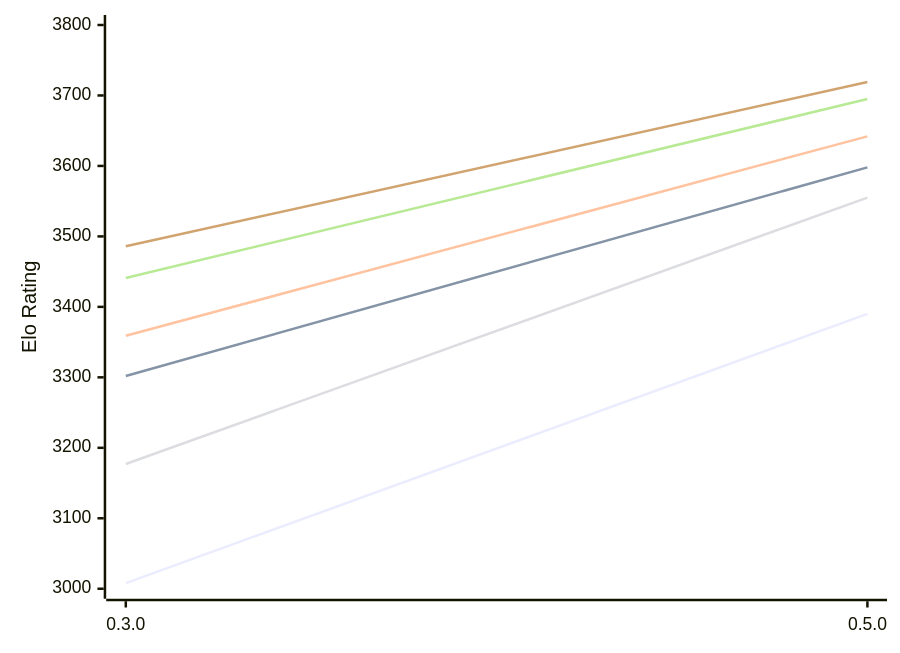
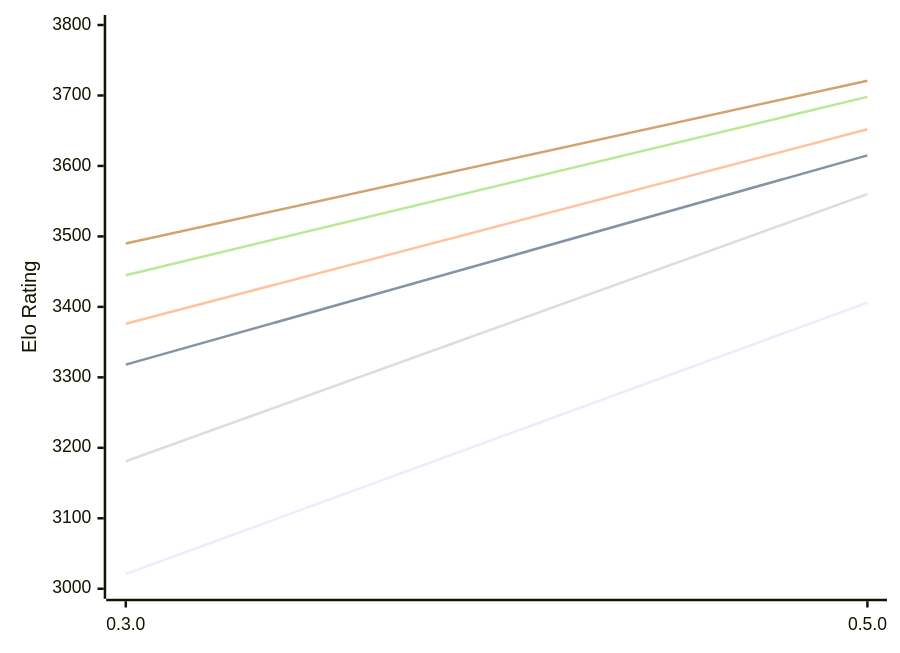
One commit to computer-chess-index/cci changed the first of 2 diagrams in engines/Justbot.md. Above: the diagram before and after it, drawn with Mermaid. The commit also changed other lines of this file, not shown here.

Commit message:
Update CCI Ratings (ELO VLTC) - 2026-10-22

````diff
--- a/engines/Justbot.md
+++ b/engines/Justbot.md
@@ -53,12 +53,12 @@
 ```mermaid
 %%{init: {"theme":"base","themeVariables":{"seriesColors:['#a3a3a3','#222221','#faa371']}}}%%
 xychart-beta
   x-axis ["0.3.0", "0.5.0"]
   y-axis "Elo Rating" 3000 --> 3800
-  line "E1: STC (8.0+0.08s)" [3008, 3390]
-  line "E1: LTC (60.0+0.60s)" [3302, 3598]
-  line "E1: VLTC (2m24s+1.12s)" [3359, 3642]
-  line "P1: STC (8.0+0.08s)" [3177, 3555]
-  line "P1: LTC (60.0+0.60s)" [3441, 3695]
-  line "P1: VLTC (2m24s+1.12s)" [3486, 3719]
+  line "E1: STC (8.0+0.08s)" [3021, 3406]
+  line "E1: LTC (60.0+0.60s)" [3318, 3615]
+  line "E1: VLTC (2m24s+1.12s)" [3376, 3652]
+  line "P1: STC (8.0+0.08s)" [3181, 3560]
+  line "P1: LTC (60.0+0.60s)" [3445, 3698]
+  line "P1: VLTC (2m24s+1.12s)" [3490, 3721]
 ```
````
